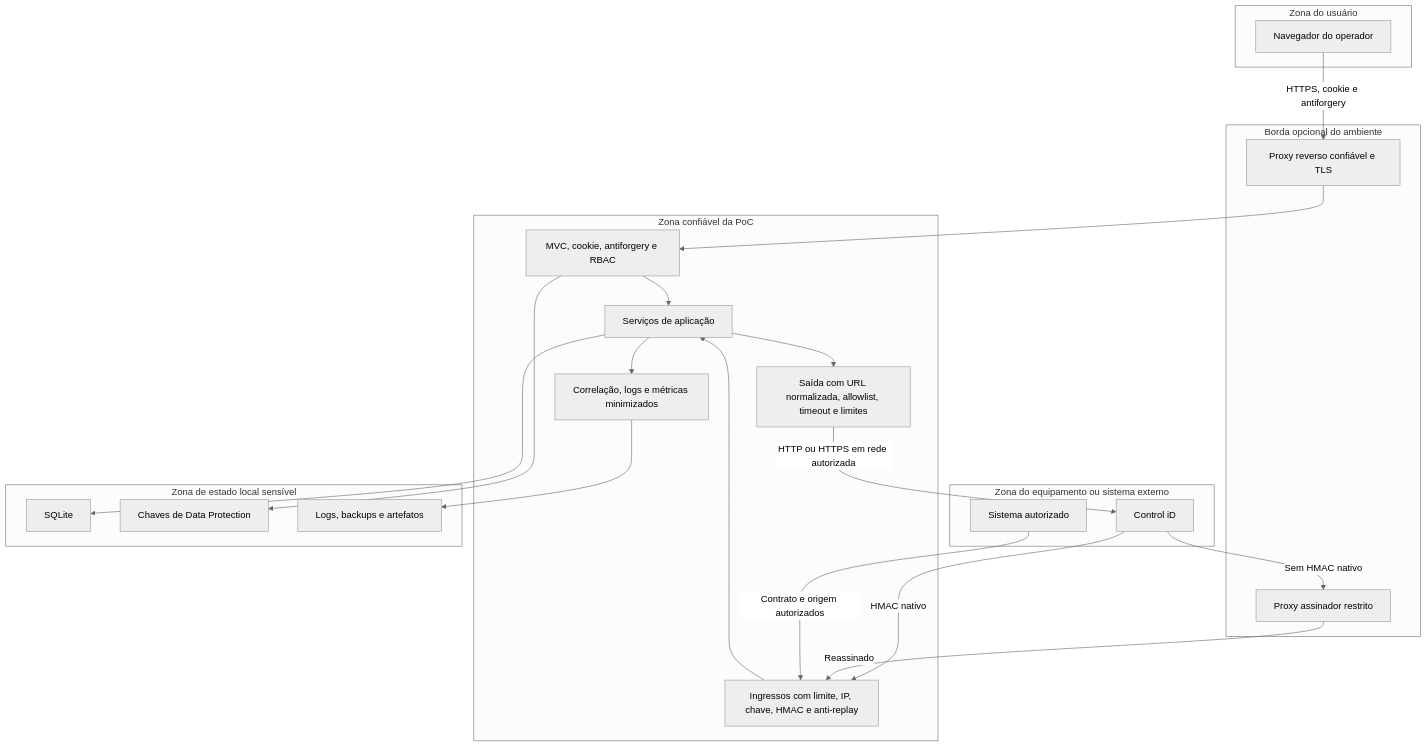
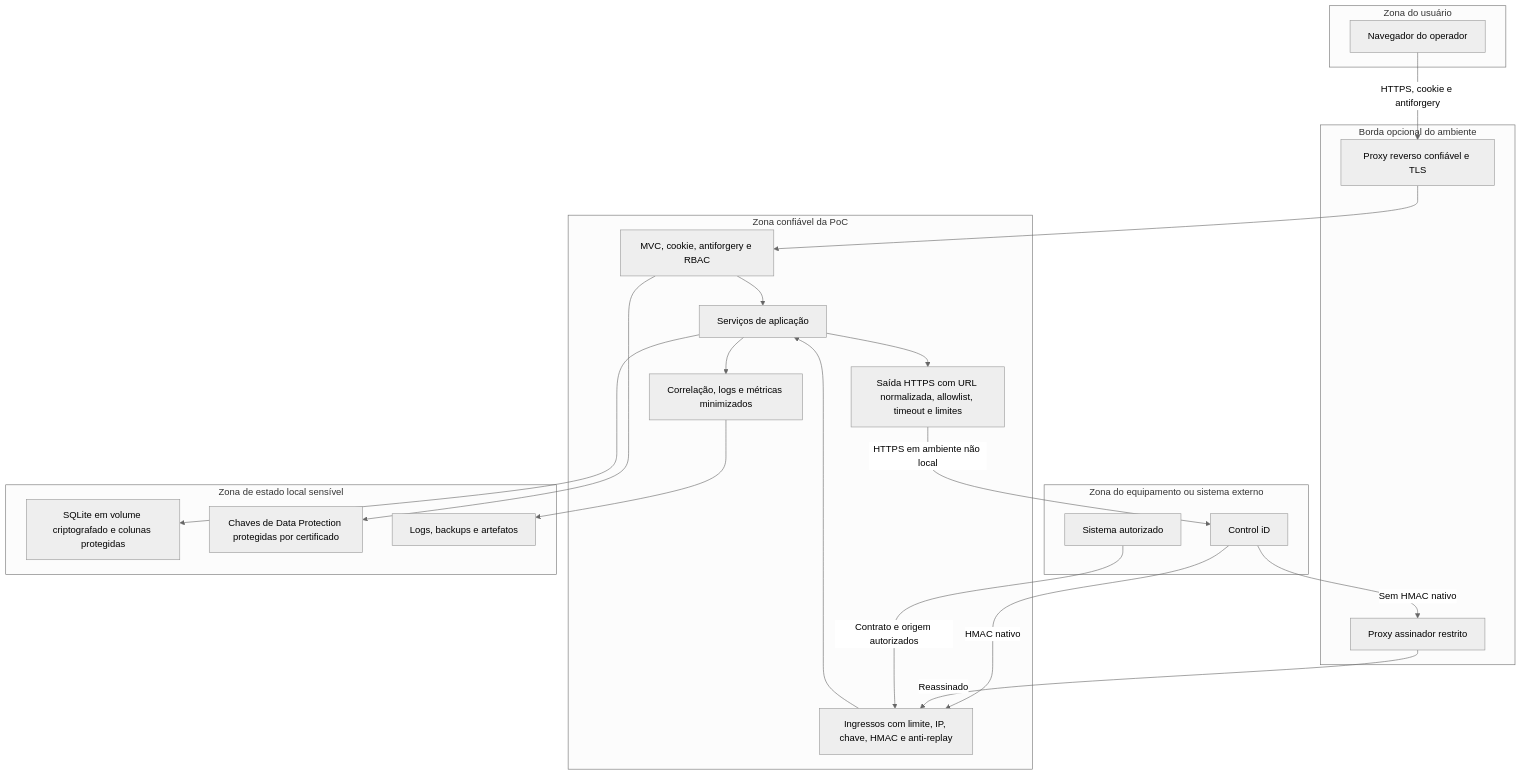
Before and after one commit to DanielCosta3415/integracao-controlid-poc: the diagram in docs/seguranca-privacidade/security-hardening.md, drawn with Mermaid (neutral theme). The commit also changed other lines of this file and 86 other files, not shown here.

Commit message:
security: harden runtime and sensitive data protection

````diff
--- a/docs/seguranca-privacidade/security-hardening.md
+++ b/docs/seguranca-privacidade/security-hardening.md
@@ -44,41 +56,41 @@
 ```mermaid
 flowchart TB
     subgraph UserZone["Zona do usuário"]
         Browser["Navegador do operador"]
     end
     subgraph MachineZone["Zona do equipamento ou sistema externo"]
         Device["Control iD"]
         External["Sistema autorizado"]
     end
     subgraph EdgeZone["Borda opcional do ambiente"]
         ReverseProxy["Proxy reverso confiável e TLS"]
         SigningProxy["Proxy assinador restrito"]
     end
     subgraph AppZone["Zona confiável da PoC"]
         MVC["MVC, cookie, antiforgery e RBAC"]
         Ingress["Ingressos com limite, IP, chave, HMAC e anti-replay"]
-        Egress["Saída com URL normalizada, allowlist, timeout e limites"]
+        Egress["Saída HTTPS com URL normalizada, allowlist, timeout e limites"]
         Services["Serviços de aplicação"]
         Signals["Correlação, logs e métricas minimizados"]
     end
     subgraph StateZone["Zona de estado local sensível"]
-        SQLite["SQLite"]
-        Keys["Chaves de Data Protection"]
+        SQLite["SQLite em volume criptografado e colunas protegidas"]
+        Keys["Chaves de Data Protection protegidas por certificado"]
         Files["Logs, backups e artefatos"]
     end
 
     Browser -->|"HTTPS, cookie e antiforgery"| ReverseProxy
     ReverseProxy --> MVC
     MVC --> Services
     Services --> Egress
-    Egress -->|"HTTP ou HTTPS em rede autorizada"| Device
+    Egress -->|"HTTPS em ambiente não local"| Device
     Device -->|"HMAC nativo"| Ingress
     Device -->|"Sem HMAC nativo"| SigningProxy
     SigningProxy -->|"Reassinado"| Ingress
     External -->|"Contrato e origem autorizados"| Ingress
     Ingress --> Services
     Services --> SQLite
     MVC --> Keys
     Services --> Signals
     Signals --> Files
 ```
````
